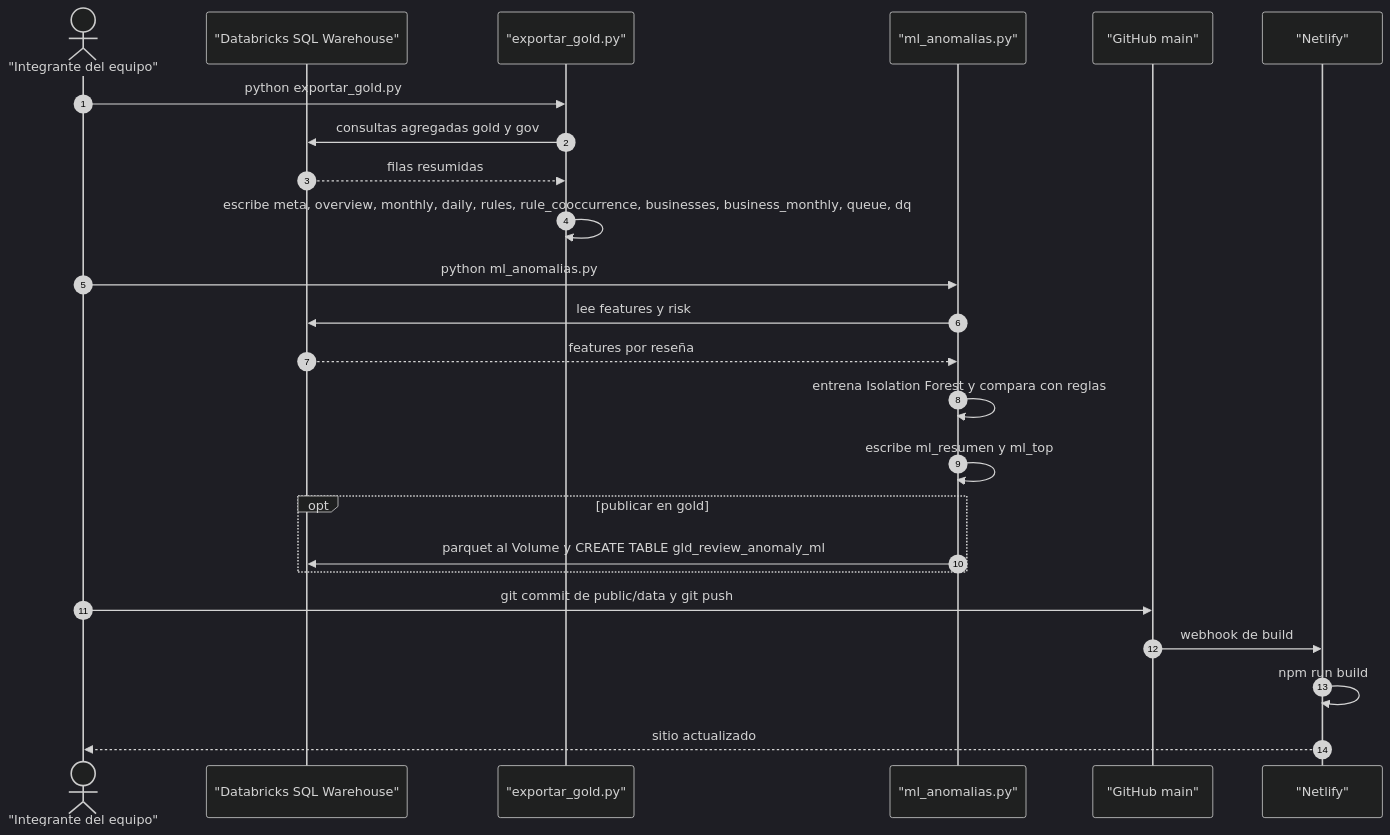
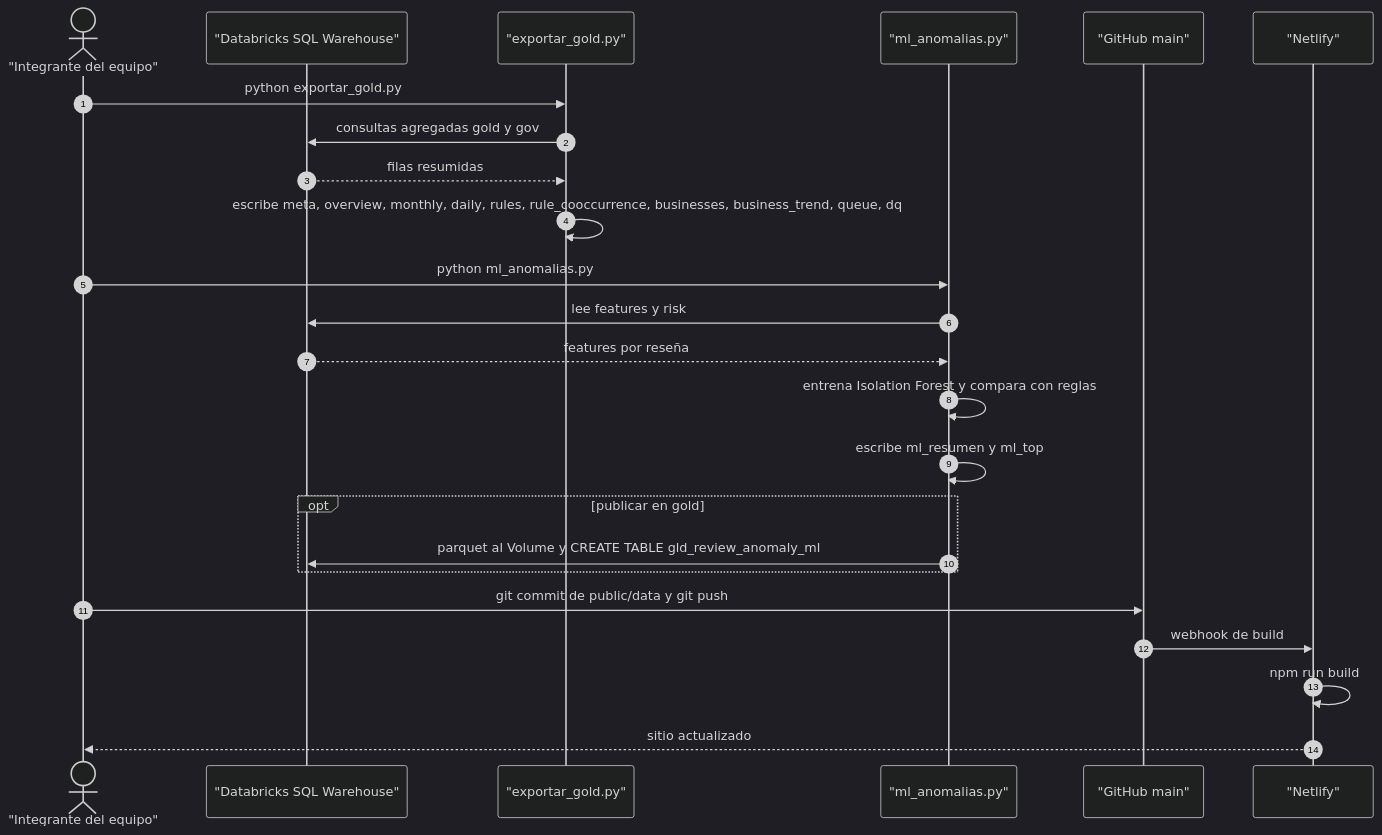
Before and after one commit to utecgrupo52026/capstone-grupo05-yelpconnect: the second of 2 diagrams in ARQUITECTURA_DASHBOARD_ML.md, drawn with Mermaid (dark theme). The commit also changed other lines of this file and 6 other files, not shown here.

````diff
--- a/ARQUITECTURA_DASHBOARD_ML.md
+++ b/ARQUITECTURA_DASHBOARD_ML.md
@@ -102,27 +102,27 @@
 ```mermaid
 sequenceDiagram
     autonumber
     actor Dev as "Integrante del equipo"
     participant WH as "Databricks SQL Warehouse"
     participant EXP as "exportar_gold.py"
     participant ML as "ml_anomalias.py"
     participant GH as "GitHub main"
     participant NET as "Netlify"
 
     Dev->>EXP: python exportar_gold.py
     EXP->>WH: consultas agregadas gold y gov
     WH-->>EXP: filas resumidas
-    EXP->>EXP: escribe meta, overview, monthly, daily, rules, rule_cooccurrence, businesses, business_monthly, queue, dq
+    EXP->>EXP: escribe meta, overview, monthly, daily, rules, rule_cooccurrence, businesses, business_trend, queue, dq
     Dev->>ML: python ml_anomalias.py
     ML->>WH: lee features y risk
     WH-->>ML: features por reseña
     ML->>ML: entrena Isolation Forest y compara con reglas
     ML->>ML: escribe ml_resumen y ml_top
     opt publicar en gold
         ML->>WH: parquet al Volume y CREATE TABLE gld_review_anomaly_ml
     end
     Dev->>GH: git commit de public/data y git push
     GH->>NET: webhook de build
     NET->>NET: npm run build
     NET-->>Dev: sitio actualizado
 ```
````
